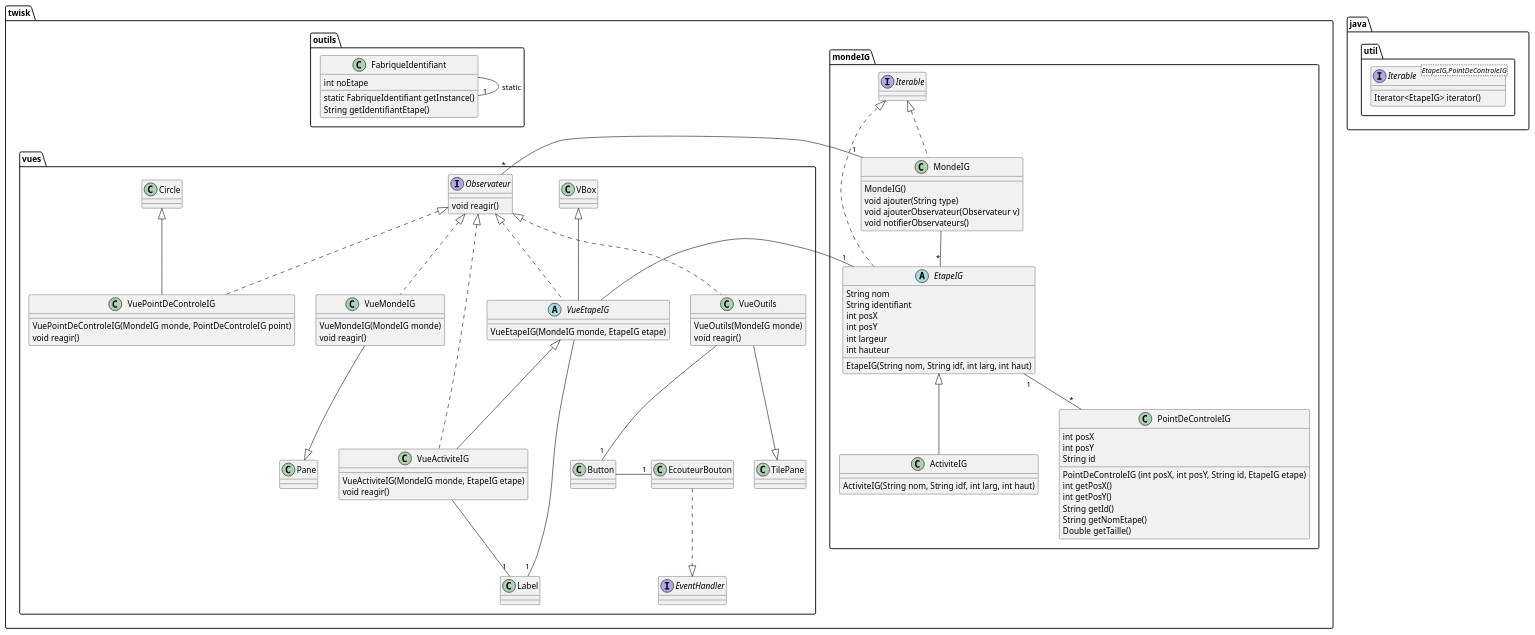
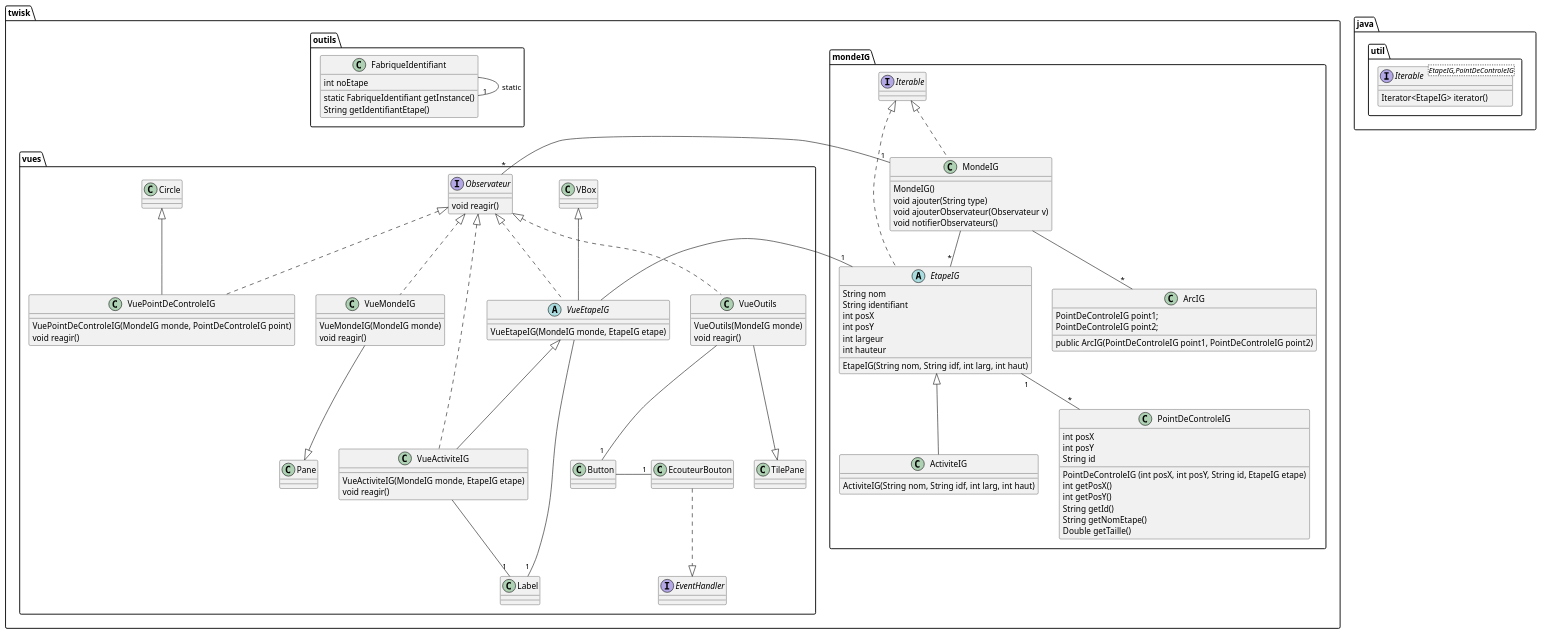
One commit to alexandreantunesmnds/Twisk-IG changed the diagram in src/diagram.puml. Above: the diagram before and after it, drawn with PlantUML. The commit also changed 1 other file, not shown here.

Commit message:
Construction diagramme en cours, ajout d'itérateur sur les arcs

```diff
--- a/src/diagram.puml
+++ b/src/diagram.puml
@@ -1,117 +1,124 @@
 @startuml
 package twisk.mondeIG {
    class ActiviteIG
    class MondeIG
    class EtapeIG
 }
 
 package java.util {
 
 interface Iterable<EtapeIG,PointDeControleIG> {
   Iterator<EtapeIG> iterator()
 }
 }
 package twisk.outils {
 class FabriqueIdentifiant {
 int noEtape
 static FabriqueIdentifiant getInstance()
 String getIdentifiantEtape()
 }
 
 FabriqueIdentifiant -- "1" FabriqueIdentifiant : static
 }
 
 
 package twisk.vues {
 interface Observateur {
 void reagir()
 }
 
 abstract VueEtapeIG extends VBox implements Observateur{
 VueEtapeIG(MondeIG monde, EtapeIG etape)
 }
 
 class VueActiviteIG extends VueEtapeIG implements Observateur {
 VueActiviteIG(MondeIG monde, EtapeIG etape)
 void reagir()
 
 }
 
 class VueMondeIG implements Observateur {
 VueMondeIG(MondeIG monde)
 void reagir()
 }
 class VueOutils implements Observateur {
 VueOutils(MondeIG monde)
 void reagir()
 }
 class Circle{}
 class VuePointDeControleIG extends Circle implements Observateur {
 VuePointDeControleIG(MondeIG monde, PointDeControleIG point)
 void reagir()
 }
 
 
 VueEtapeIG --"1" Label
 VueActiviteIG --"1" Label
 VueMondeIG --|> Pane
 VueOutils --|> TilePane
 VueOutils -- "1" Button
 
 Button - "1" EcouteurBouton : "       "
 
 interface EventHandler
 
 EcouteurBouton ..|> EventHandler
 }
 
 VueEtapeIG - "1" EtapeIG
 
 
 package twisk.mondeIG {
 
 
 
 class MondeIG implements Iterable{
 MondeIG()
 void ajouter(String type)
 void ajouterObservateur(Observateur v)
 void notifierObservateurs()
 }
 
 abstract class EtapeIG implements Iterable {
 String nom
 String identifiant
 int posX
 int posY
 int largeur
 int hauteur
 
 EtapeIG(String nom, String idf, int larg, int haut)
 }
 
 class ActiviteIG {
 ActiviteIG(String nom, String idf, int larg, int haut)
 }
 class PointDeControleIG {
 int posX
 int posY
 String id
 PointDeControleIG (int posX, int posY, String id, EtapeIG etape)
 int getPosX()
 int getPosY()
 String getId()
 String getNomEtape()
 Double getTaille()
 }
 
+class ArcIG {
+PointDeControleIG point1;
+PointDeControleIG point2;
+public ArcIG(PointDeControleIG point1, PointDeControleIG point2)
+}
+
 MondeIG "1"-right "*" Observateur
 
 MondeIG --"*" EtapeIG
+MondeIG --"*" ArcIG
 EtapeIG <|-down- ActiviteIG
 EtapeIG "1"--"*" PointDeControleIG
 
 
 
 }
 @enduml
```
